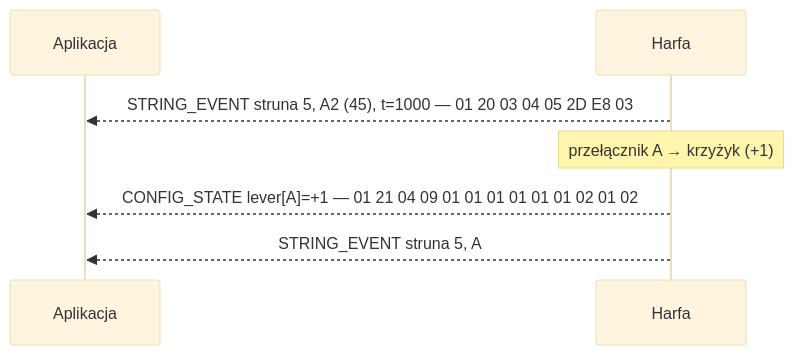
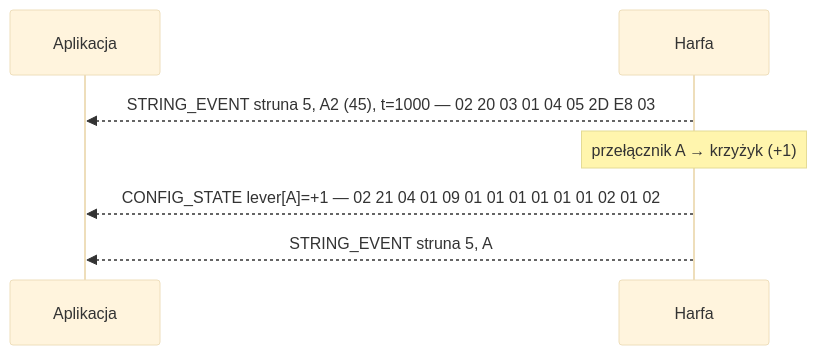
The third of 9 diagrams in docs/protocol/ble-protocol.md (emnealyn/HARFA), drawn with Mermaid (base theme) before and after one commit. The commit also changed other lines of this file and 3 other files, not shown here.

````diff
--- a/docs/protocol/ble-protocol.md
+++ b/docs/protocol/ble-protocol.md
@@ -419,9 +459,9 @@
 ```mermaid
 sequenceDiagram
     participant A as Aplikacja
     participant H as Harfa
-    H-->>A: STRING_EVENT struna 5, A2 (45), t=1000 — 01 20 03 04 05 2D E8 03
+    H-->>A: STRING_EVENT struna 5, A2 (45), t=1000 — 02 20 03 01 04 05 2D E8 03
     Note over H: przełącznik A → krzyżyk (+1)
-    H-->>A: CONFIG_STATE lever[A]=+1 — 01 21 04 09 01 01 01 01 01 01 02 01 02
-    H-->>A: STRING_EVENT struna 5, A#2 (46), t=1250 — 01 20 05 04 05 2E E2 04
+    H-->>A: CONFIG_STATE lever[A]=+1 — 02 21 04 01 09 01 01 01 01 01 01 02 01 02
+    H-->>A: STRING_EVENT struna 5, A#2 (46), t=1250 — 02 20 05 01 04 05 2E E2 04
 ```
````
